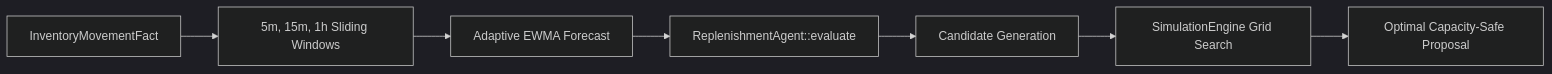
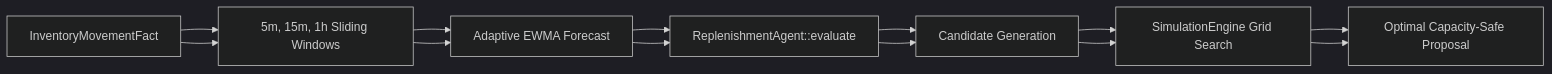
Before and after one commit to Clearleaff/Replenishment-Engine: the seventh of 11 diagrams in src/RustDataPlatform/hybrid-orchestrator/ARCHITECTURE.md, drawn with Mermaid (dark theme). The commit also changed other lines of this file, not shown here.

Commit message:
feat: Enhance ARCHITECTURE.md with detailed system context and flowcharts

````diff
--- a/src/RustDataPlatform/hybrid-orchestrator/ARCHITECTURE.md
+++ b/src/RustDataPlatform/hybrid-orchestrator/ARCHITECTURE.md
@@ -314,9 +392,15 @@
 ```mermaid
 flowchart LR
     Fact[InventoryMovementFact] --> Rolling[5m, 15m, 1h Sliding Windows]
     Rolling --> EWMA[Adaptive EWMA Forecast]
     EWMA --> Decision[ReplenishmentAgent::evaluate]
     Decision --> Candidates[Candidate Generation]
     Candidates --> Sim[SimulationEngine Grid Search]
     Sim --> Outcome[Optimal Capacity-Safe Proposal]
+    Fact["InventoryMovementFact"] --> Rolling["5m, 15m, 1h Sliding Windows"]
+    Rolling --> EWMA["Adaptive EWMA Forecast"]
+    EWMA --> Decision["ReplenishmentAgent::evaluate"]
+    Decision --> Candidates["Candidate Generation"]
+    Candidates --> Sim["SimulationEngine Grid Search"]
+    Sim --> Outcome["Optimal Capacity-Safe Proposal"]
 ```
````
